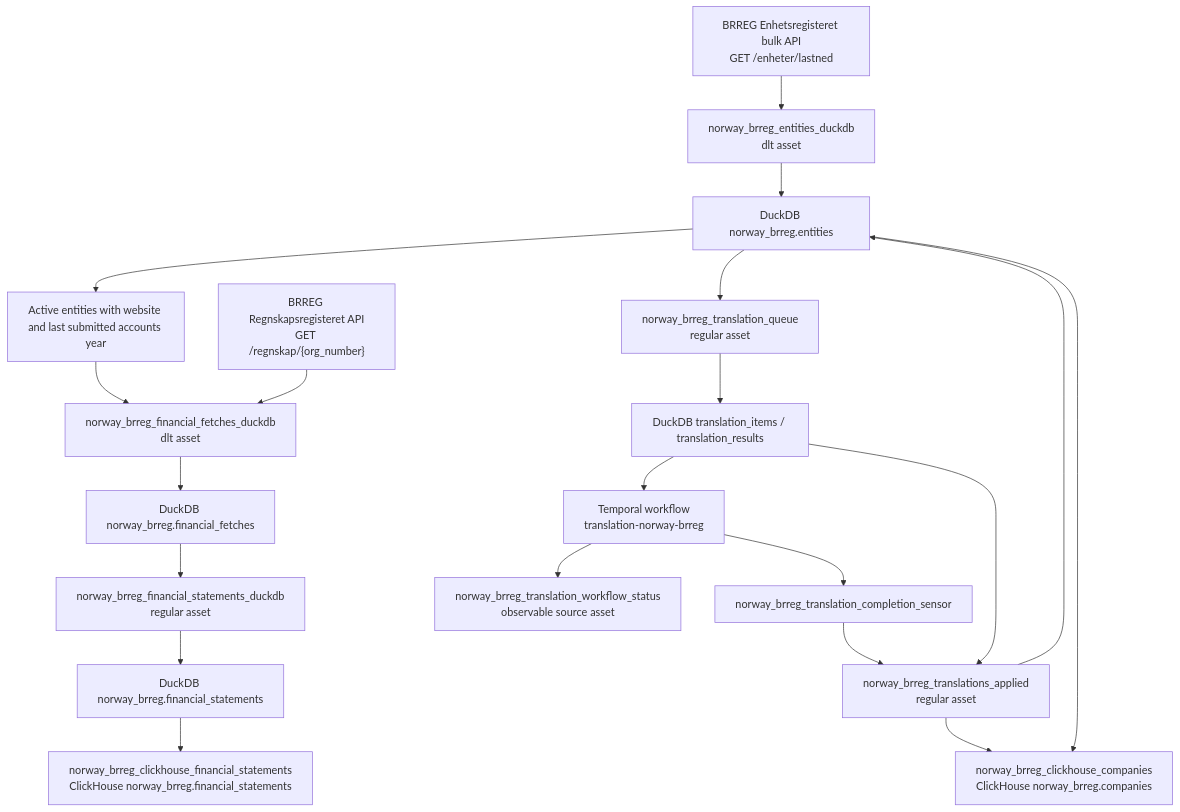
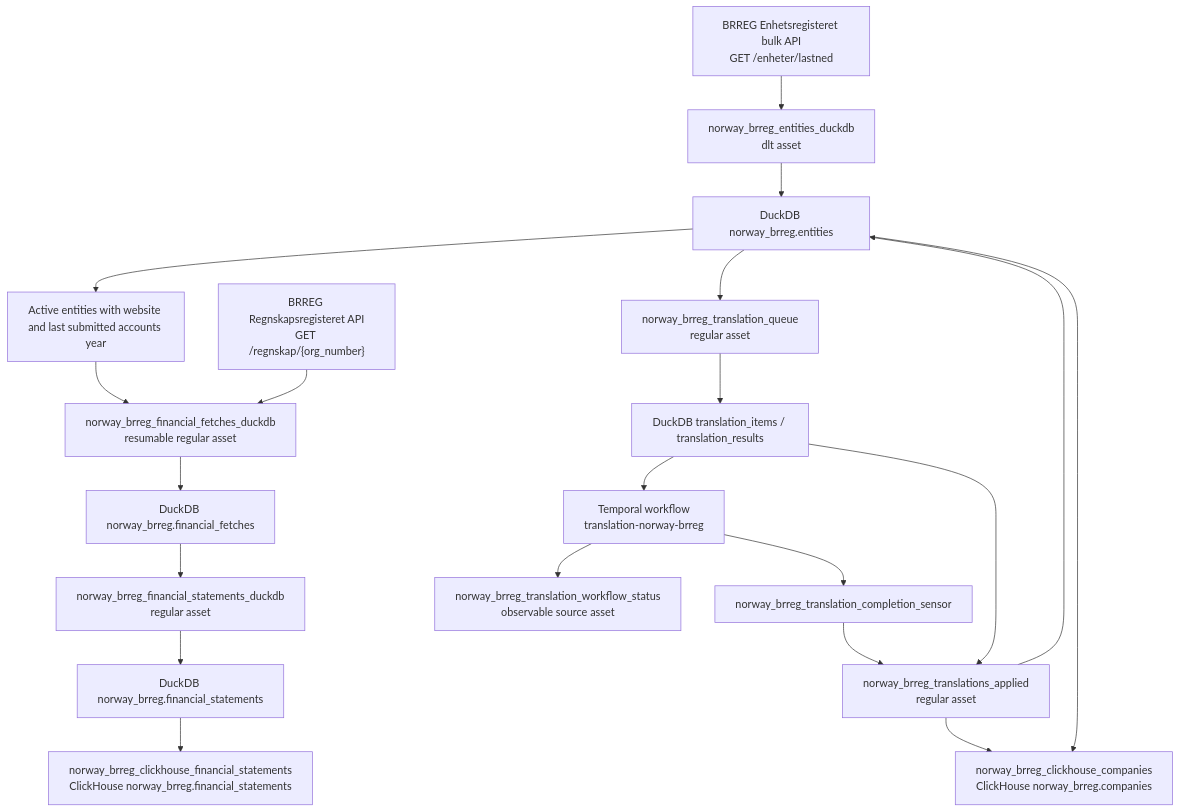
Before and after one commit to pulsarpoint/companycollect: the diagram in corpscout/dagster_v3/src/dagster_v3/defs/norway_brreg/docs/README.md, drawn with Mermaid. The commit also changed other lines of this file and 6 other files, not shown here.

Commit message:
fix: make norway financial fetches resumable

````diff
--- a/corpscout/dagster_v3/src/dagster_v3/defs/norway_brreg/docs/README.md
+++ b/corpscout/dagster_v3/src/dagster_v3/defs/norway_brreg/docs/README.md
@@ -13,38 +13,38 @@
 ```mermaid
 flowchart TD
   brreg_entities["BRREG Enhetsregisteret bulk API<br/>GET /enheter/lastned"]
   entities_dlt["norway_brreg_entities_duckdb<br/>dlt asset"]
   duckdb_entities["DuckDB norway_brreg.entities"]
 
   financial_candidates["Active entities with website and last submitted accounts year"]
   brreg_financial_api["BRREG Regnskapsregisteret API<br/>GET /regnskap/{org_number}"]
-  financial_fetches["norway_brreg_financial_fetches_duckdb<br/>dlt asset"]
+  financial_fetches["norway_brreg_financial_fetches_duckdb<br/>resumable regular asset"]
   duckdb_fetches["DuckDB norway_brreg.financial_fetches"]
   financial_normalized["norway_brreg_financial_statements_duckdb<br/>regular asset"]
   duckdb_financial["DuckDB norway_brreg.financial_statements"]
 
   translation_queue["norway_brreg_translation_queue<br/>regular asset"]
   queue_db["DuckDB translation_items / translation_results"]
   temporal["Temporal workflow<br/>translation-norway-brreg"]
   workflow_status["norway_brreg_translation_workflow_status<br/>observable source asset"]
   completion_sensor["norway_brreg_translation_completion_sensor"]
   translations_applied["norway_brreg_translations_applied<br/>regular asset"]
 
   ch_companies["norway_brreg_clickhouse_companies<br/>ClickHouse norway_brreg.companies"]
   ch_financial["norway_brreg_clickhouse_financial_statements<br/>ClickHouse norway_brreg.financial_statements"]
 
   brreg_entities --> entities_dlt --> duckdb_entities
   duckdb_entities --> financial_candidates --> financial_fetches
   brreg_financial_api --> financial_fetches --> duckdb_fetches
   duckdb_fetches --> financial_normalized --> duckdb_financial
 
   duckdb_entities --> translation_queue --> queue_db --> temporal
   temporal --> workflow_status
   temporal --> completion_sensor --> translations_applied
   queue_db --> translations_applied
   translations_applied --> duckdb_entities
 
   translations_applied --> ch_companies
   duckdb_entities --> ch_companies
   duckdb_financial --> ch_financial
 ```
````
